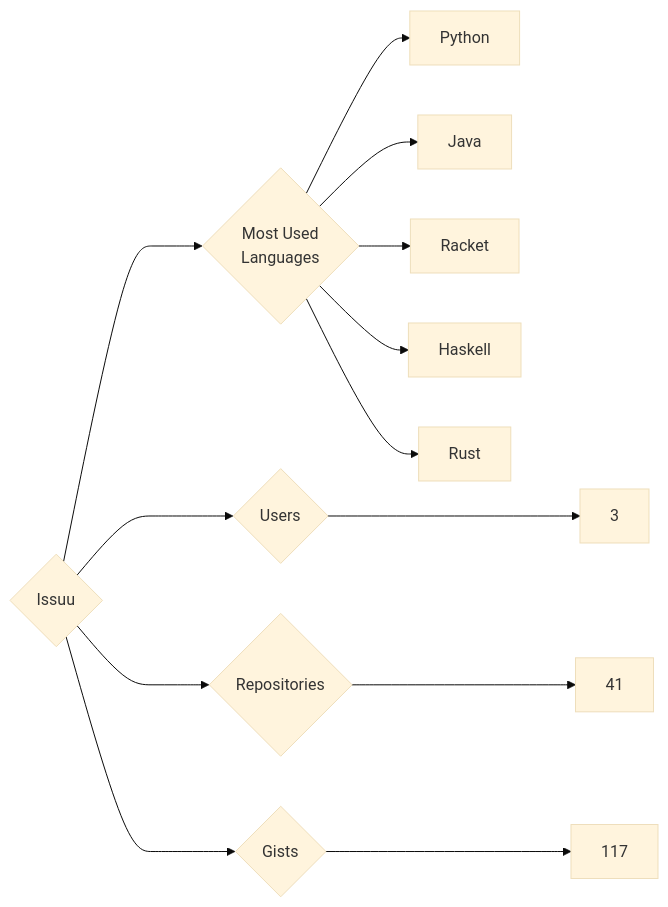
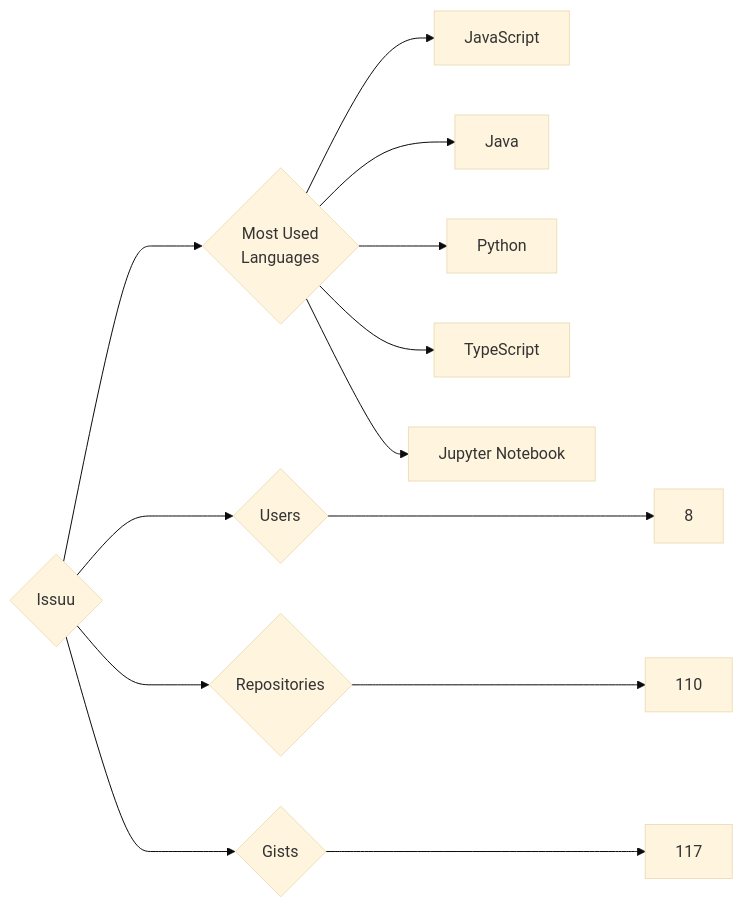
The diagram in targets/Issuu/README.md (trickest/insiders), drawn with Mermaid (base theme) before and after one commit. The commit also changed 681 other files, not shown here.

````diff
--- a/targets/Issuu/README.md
+++ b/targets/Issuu/README.md
@@ -3,13 +3,13 @@
 ```mermaid
 graph LR
 COMPANY_NAME{Issuu}
-COMPANY_NAME ---> U{Users} ---> UN[3]
-COMPANY_NAME ---> R{Repositories} ---> RN[41]
+COMPANY_NAME ---> U{Users} ---> UN[8]
+COMPANY_NAME ---> R{Repositories} ---> RN[110]
 COMPANY_NAME ---> G{Gists} ---> GN[117]
 COMPANY_NAME ---> ML{Most Used<br>Languages}
+ML --> JavaScript[JavaScript]
+ML --> Java[Java]
 ML --> Python[Python]
-ML --> Java[Java]
-ML --> Racket[Racket]
-ML --> Haskell[Haskell]
-ML --> Rust[Rust]
+ML --> TypeScript[TypeScript]
+ML --> Jupyter_Notebook[Jupyter Notebook]
 ```
````
